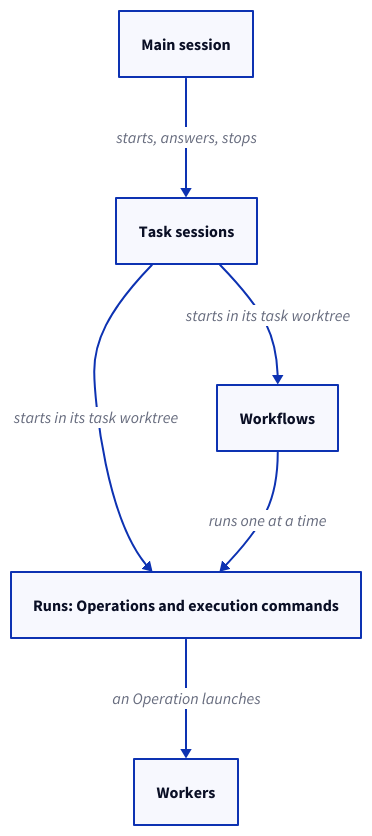
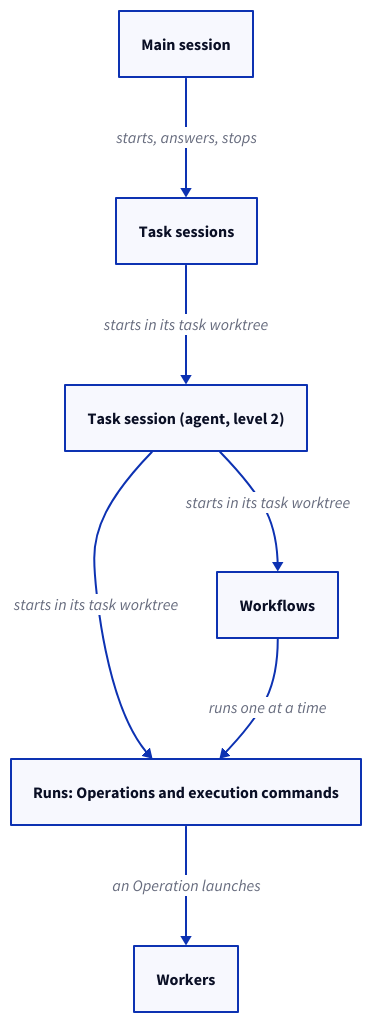
Before and after one commit to FTOD/concorde: the first of 4 diagrams in specs/concorde/coordination/task-session/module.md, drawn with D2. The commit also changed other lines of this file and 28 other files, not shown here.

````diff
--- a/specs/concorde/coordination/task-session/module.md
+++ b/specs/concorde/coordination/task-session/module.md
@@ -138,12 +139,14 @@
 ```d2 illustrative
 main: Main session
-tasksession: Task sessions
+module: Task sessions
+tasksession: "Task session (agent, level 2)"
 workflows: Workflows
 runs: "Runs: Operations and execution commands"
 workers: Workers
-main -> tasksession: starts, answers, stops
+main -> module: starts, answers, stops
+module -> tasksession: starts in its task worktree
 tasksession -> workflows: starts in its task worktree
 tasksession -> runs: starts in its task worktree
 workflows -> runs: runs one at a time
 runs -> workers: an Operation launches
 ```
````
